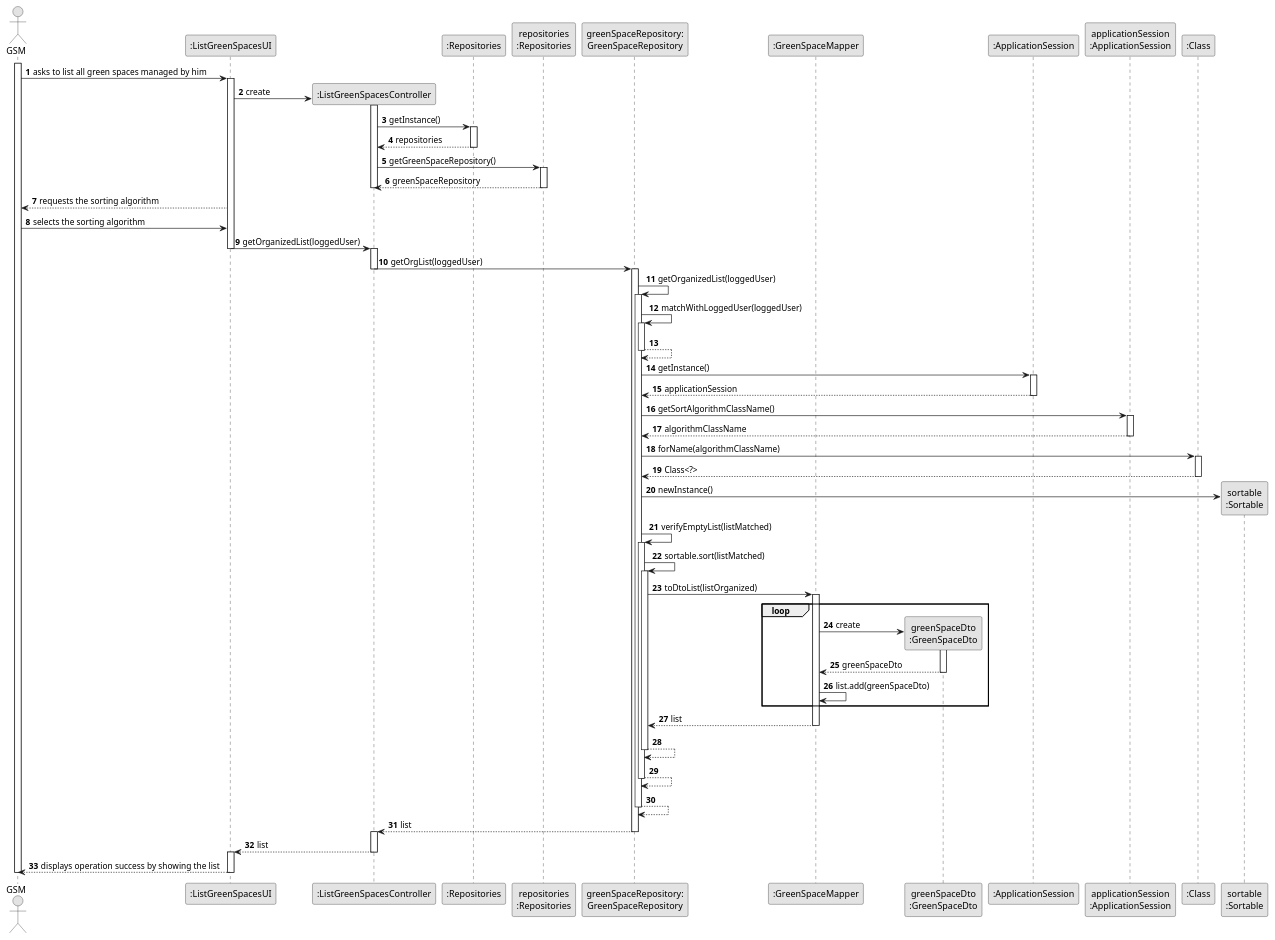
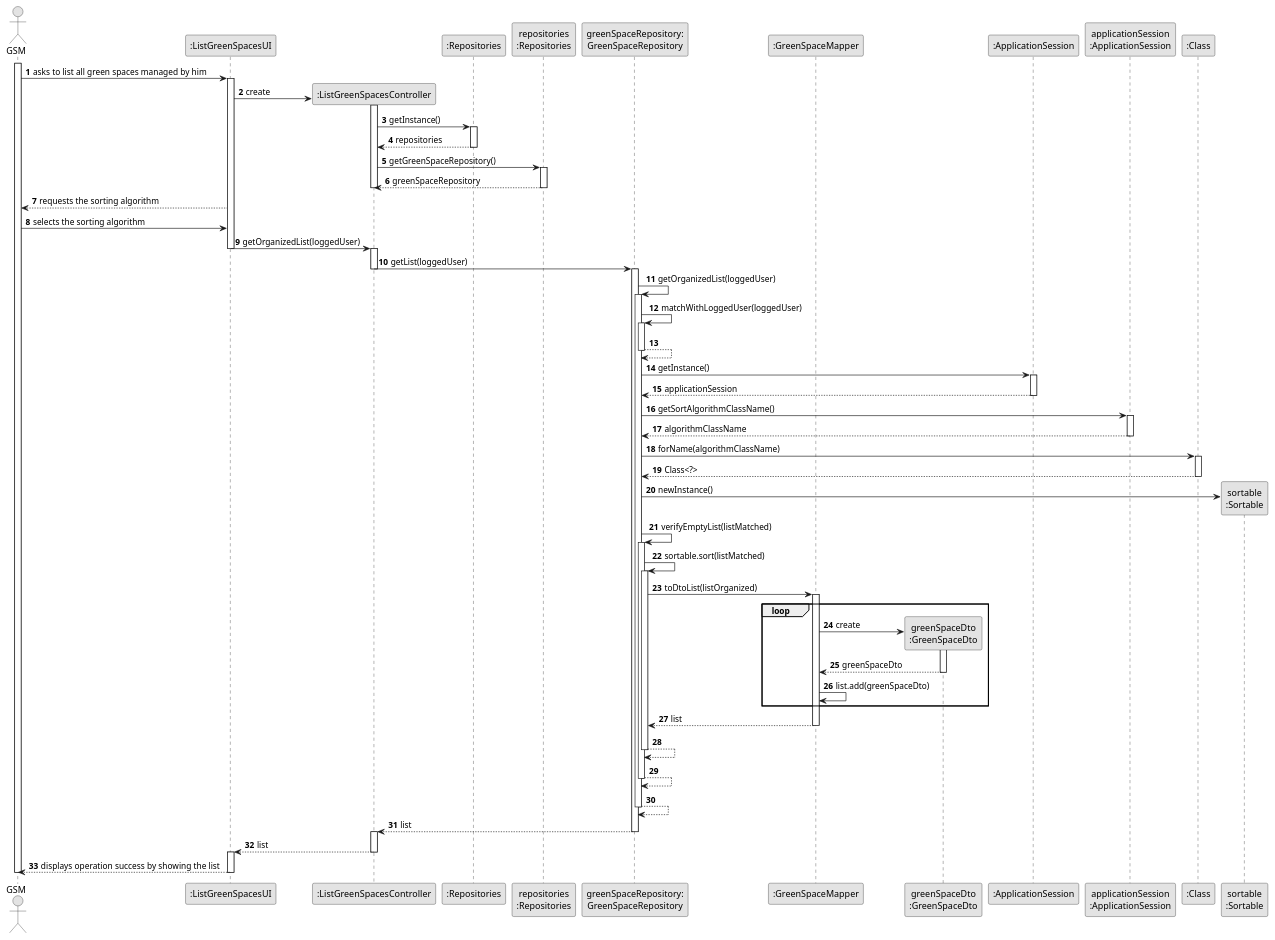
Before and after one commit to ricardomm7/leaflink: the diagram in docs/sprintC/us027/03.design/puml/us027-sequence-diagram-full.puml, drawn with PlantUML. The commit also changed 21 other files, not shown here.

```diff
--- a/docs/sprintC/us027/03.design/puml/us027-sequence-diagram-full.puml
+++ b/docs/sprintC/us027/03.design/puml/us027-sequence-diagram-full.puml
@@ -2,109 +2,109 @@
 @startuml
 skinparam monochrome true
 skinparam packageStyle rectangle
 skinparam shadowing false
 
 ''title System Sequence Diagram (SSD) - US006
 
 autonumber
 
 actor "GSM" as GSM
 participant ":ListGreenSpacesUI" as UI
 participant ":ListGreenSpacesController" as CTRL
 participant ":Repositories" as RepositorySingleton
 participant "repositories\n:Repositories" as PLAT
 participant "greenSpaceRepository:\nGreenSpaceRepository" as GreenSpaceRepo
 participant ":GreenSpaceMapper" as mapper
 participant "greenSpaceDto\n:GreenSpaceDto" as dto
 participant ":ApplicationSession" as ApplicationSession
 participant "applicationSession\n:ApplicationSession" as applicationSession
 participant ":Class" as Class
 participant "sortable\n:Sortable" as SortAlgorithms
 
 activate GSM
 GSM -> UI : asks to list all green spaces managed by him
 activate UI
 UI -> CTRL** : create
 activate CTRL
 CTRL -> RepositorySingleton : getInstance()
 activate RepositorySingleton
 RepositorySingleton --> CTRL : repositories
 deactivate RepositorySingleton
 CTRL -> PLAT : getGreenSpaceRepository()
 activate PLAT
 PLAT -->  CTRL: greenSpaceRepository
 deactivate CTRL
 
 deactivate PLAT
 UI --> GSM : requests the sorting algorithm
 GSM -> UI : selects the sorting algorithm
 UI -> CTRL : getOrganizedList(loggedUser)
 deactivate UI
 activate CTRL
 
 
-CTRL -> GreenSpaceRepo : getOrgList(loggedUser)
+CTRL -> GreenSpaceRepo : getList(loggedUser)
 deactivate CTRL
 
 activate GreenSpaceRepo
 GreenSpaceRepo -> GreenSpaceRepo : getOrganizedList(loggedUser)
 activate GreenSpaceRepo
 GreenSpaceRepo -> GreenSpaceRepo : matchWithLoggedUser(loggedUser)
 activate GreenSpaceRepo
 GreenSpaceRepo --> GreenSpaceRepo
 deactivate GreenSpaceRepo
 
 GreenSpaceRepo -> ApplicationSession : getInstance()
 activate ApplicationSession
 ApplicationSession --> GreenSpaceRepo : applicationSession
 deactivate ApplicationSession
 GreenSpaceRepo -> applicationSession : getSortAlgorithmClassName()
 activate applicationSession
 applicationSession --> GreenSpaceRepo : algorithmClassName
 deactivate applicationSession
 
 GreenSpaceRepo -> Class : forName(algorithmClassName)
 activate Class
 Class --> GreenSpaceRepo : Class<?>
 deactivate Class
 
 GreenSpaceRepo -> SortAlgorithms** : newInstance()
 
 
 GreenSpaceRepo -> GreenSpaceRepo : verifyEmptyList(listMatched)
 activate GreenSpaceRepo
 
 GreenSpaceRepo -> GreenSpaceRepo : sortable.sort(listMatched)
 activate GreenSpaceRepo
 GreenSpaceRepo -> mapper : toDtoList(listOrganized)
 activate mapper
 
 loop
 mapper -> dto** : create
 activate dto
 dto --> mapper : greenSpaceDto
 deactivate dto
 mapper -> mapper : list.add(greenSpaceDto)
 end loop
 
 mapper --> GreenSpaceRepo : list
 deactivate mapper
 GreenSpaceRepo --> GreenSpaceRepo
 deactivate GreenSpaceRepo
 GreenSpaceRepo --> GreenSpaceRepo
 deactivate GreenSpaceRepo
 GreenSpaceRepo --> GreenSpaceRepo
 deactivate GreenSpaceRepo
 
 GreenSpaceRepo --> CTRL:list
 deactivate GreenSpaceRepo
 activate CTRL
 CTRL --> UI : list
 
 deactivate CTRL
 activate UI
 UI --> GSM : displays operation success by showing the list
 deactivate UI
 deactivate GSM
 
 @enduml
```
